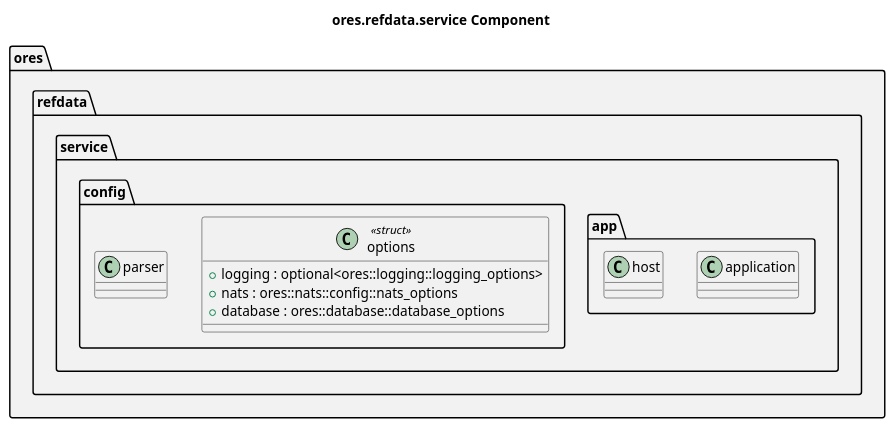
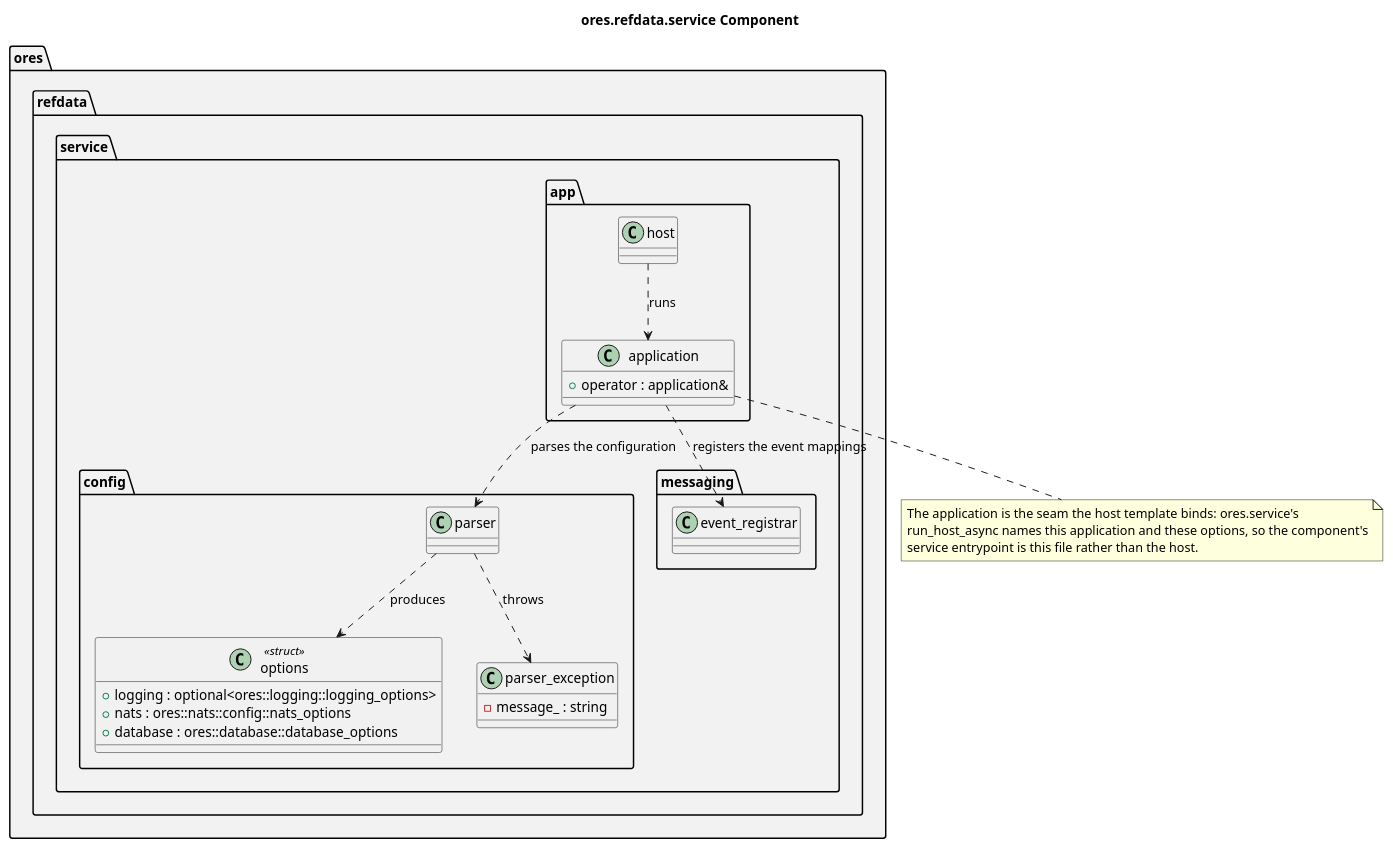
Before and after one commit to OreStudio/OreStudio: the diagram in projects/ores.refdata/service/modeling/ores.refdata.service.puml, drawn with PlantUML. The commit also changed 7 other files, not shown here.

First line of the commit message:
[refdata] Refresh the component diagrams and author the manual pass

```diff
--- a/projects/ores.refdata/service/modeling/ores.refdata.service.puml
+++ b/projects/ores.refdata/service/modeling/ores.refdata.service.puml
@@ -18,34 +18,58 @@
 @startuml
 
 title ores.refdata.service Component
 
 set namespaceSeparator ::
 
 namespace ores #F2F2F2 {
     namespace refdata #F2F2F2 {
         namespace service #F2F2F2 {
             namespace app #F2F2F2 {
                 class application {
+                    +operator : application&
                 }
                 class host {
                 }
             }
             namespace config #F2F2F2 {
                 class options <<struct>> {
                     +logging : optional<ores::logging::logging_options>
                     +nats : ores::nats::config::nats_options
                     +database : ores::database::database_options
                 }
                 class parser {
                 }
+                class parser_exception {
+                    -message_ : string
+                }
+            }
+            namespace messaging #F2F2F2 {
+                class event_registrar {
+                }
             }
         }
     }
 }
 
 ' --- manual: everything below this line is hand-authored; the script preserves it ---
+' The stack the composition point above runs inside: the host runs the
+' application, and the application parses the configuration and registers
+' the event mappings.
+ores::refdata::service::app::host ..> ores::refdata::service::app::application : runs
+ores::refdata::service::app::application ..> ores::refdata::service::config::parser : parses the configuration
+ores::refdata::service::app::application ..> ores::refdata::service::messaging::event_registrar : registers the event mappings
+ores::refdata::service::config::parser ..> ores::refdata::service::config::options : produces
+ores::refdata::service::config::parser ..> ores::refdata::service::config::parser_exception : throws
+
+note as N_SVC_SEAM
+  The application is the seam the host template binds: ores.service's
+  run_host_async names this application and these options, so the component's
+  service entrypoint is this file rather than the host.
+end note
+ores::refdata::service::app::application .. N_SVC_SEAM
+
 
 ' Local Variables:
 ' compile-command: "java -Djava.awt.headless=true -DPLANTUML_SECURITY_PROFILE=UNSECURE -DPLANTUML_LIMIT_SIZE=65535 -jar /usr/share/plantuml/plantuml.jar ores.refdata.service.puml"
 ' End:
 @enduml
```
